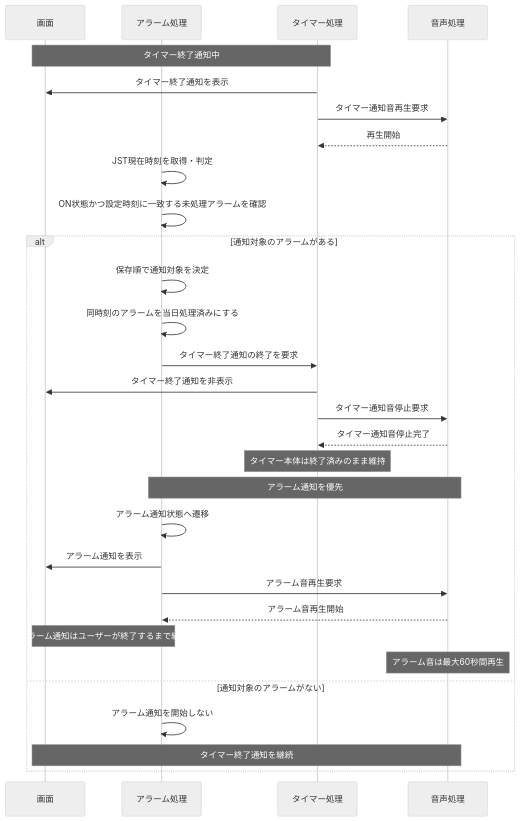
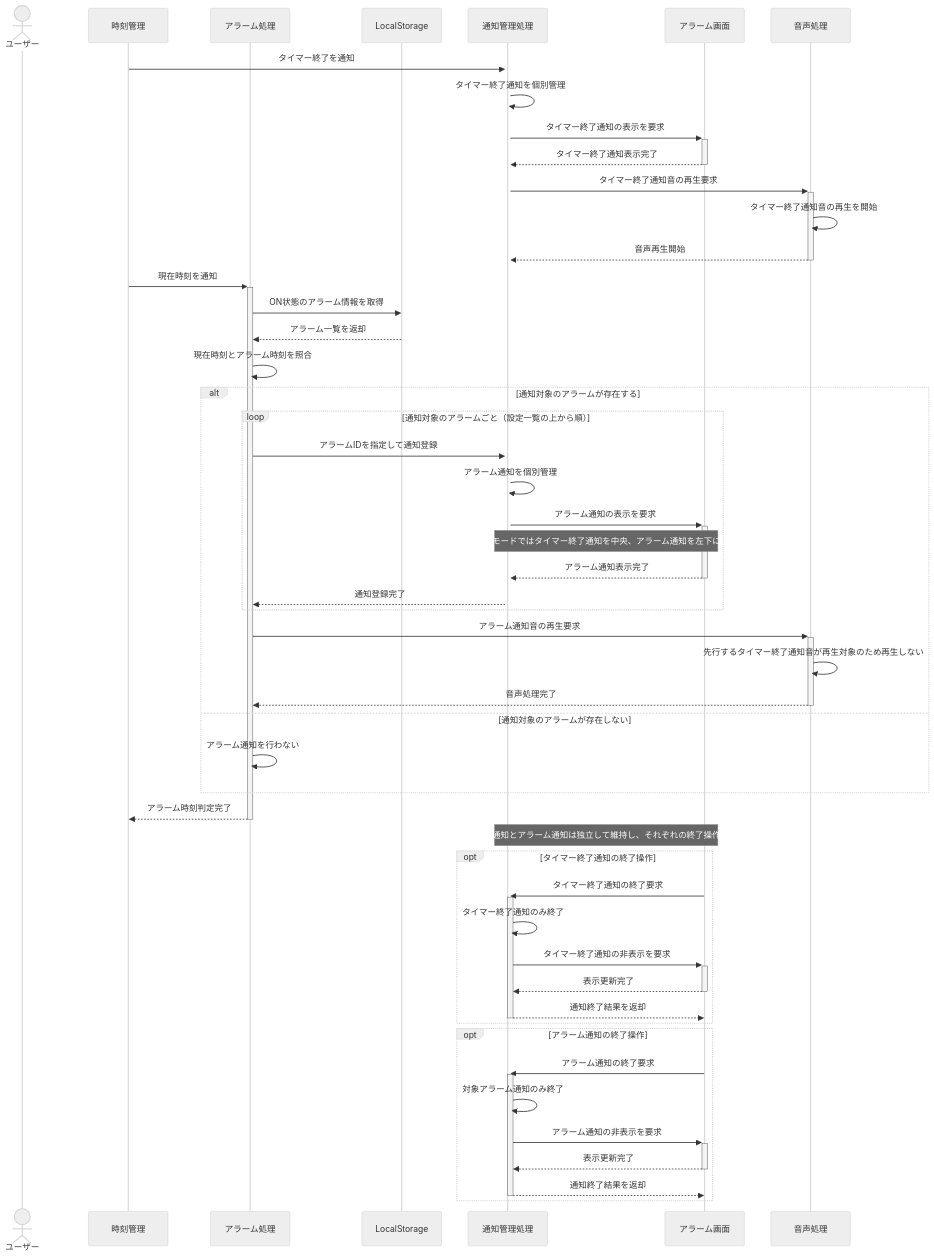
One commit to shun62201234-crypto/timerApplication changed the sixth of 6 diagrams in document/設計/シーケンス図/アラームシーケンス図.md. Above: the diagram before and after it, drawn with Mermaid (neutral theme). The commit also changed other lines of this file, not shown here.

First line of the commit message:
アラーム関連シーケンス図の修正

````diff
--- a/document/設計/シーケンス図/アラームシーケンス図.md
+++ b/document/設計/シーケンス図/アラームシーケンス図.md
@@ -279,41 +247,61 @@
 ```mermaid
 sequenceDiagram
-    participant UI as 画面
+    actor User as ユーザー
+    participant Clock as 時刻管理
     participant Alarm as アラーム処理
-    participant Timer as タイマー処理
+    participant Storage as LocalStorage
+    participant Notify as 通知管理処理
+    participant UI as アラーム画面
     participant Audio as 音声処理
 
-    Note over UI,Timer: タイマー終了通知中
+    Clock->>+Notify: タイマー終了を通知
+    Notify->>Notify: タイマー終了通知を個別管理
+    Notify->>+UI: タイマー終了通知の表示を要求
+    UI-->>-Notify: タイマー終了通知表示完了
 
-    Timer->>UI: タイマー終了通知を表示
-    Timer->>Audio: タイマー通知音再生要求
-    Audio-->>Timer: 再生開始
+    Notify->>+Audio: タイマー終了通知音の再生要求
+    Audio->>Audio: タイマー終了通知音の再生を開始
+    Audio-->>-Notify: 音声再生開始
 
-    Alarm->>Alarm: JST現在時刻を取得・判定
-    Alarm->>Alarm: ON状態かつ設定時刻に一致する未処理アラームを確認
+    Clock->>+Alarm: 現在時刻を通知
+    Alarm->>Storage: ON状態のアラーム情報を取得
+    Storage-->>Alarm: アラーム一覧を返却
+    Alarm->>Alarm: 現在時刻とアラーム時刻を照合
 
-    alt 通知対象のアラームがある
-        Alarm->>Alarm: 保存順で通知対象を決定
-        Alarm->>Alarm: 同時刻のアラームを当日処理済みにする
+    alt 通知対象のアラームが存在する
+        loop 通知対象のアラームごと（設定一覧の上から順）
+            Alarm->>Notify: アラームIDを指定して通知登録
+            Notify->>Notify: アラーム通知を個別管理
+            Notify->>+UI: アラーム通知の表示を要求
+            Note over Notify,UI: タイマーモードではタイマー終了通知を中央、アラーム通知を左下に表示する
+            UI-->>-Notify: アラーム通知表示完了
+            Notify-->>Alarm: 通知登録完了
+        end
 
-        Alarm->>Timer: タイマー終了通知の終了を要求
-        Timer->>UI: タイマー終了通知を非表示
-        Timer->>Audio: タイマー通知音停止要求
-        Audio-->>Timer: タイマー通知音停止完了
+        Alarm->>+Audio: アラーム通知音の再生要求
+        Audio->>Audio: 先行するタイマー終了通知音が再生対象のため再生しない
+        Audio-->>-Alarm: 音声処理完了
+    else 通知対象のアラームが存在しない
+        Alarm->>Alarm: アラーム通知を行わない
+    end
 
-        Note over Timer: タイマー本体は終了済みのまま維持
-        Note over Alarm,Audio: アラーム通知を優先
+    Alarm-->>-Clock: アラーム時刻判定完了
 
-        Alarm->>Alarm: アラーム通知状態へ遷移
-        Alarm->>UI: アラーム通知を表示
-        Alarm->>Audio: アラーム音再生要求
-        Audio-->>Alarm: アラーム音再生開始
+    Note over Notify,UI: タイマー終了通知とアラーム通知は独立して維持し、それぞれの終了操作まで表示する
 
-        Note over UI,Alarm: アラーム通知はユーザーが終了するまで継続
-        Note over Audio: アラーム音は最大60秒間再生
+    opt タイマー終了通知の終了操作
+        UI->>+Notify: タイマー終了通知の終了要求
+        Notify->>Notify: タイマー終了通知のみ終了
+        Notify->>+UI: タイマー終了通知の非表示を要求
+        UI-->>-Notify: 表示更新完了
+        Notify-->>-UI: 通知終了結果を返却
+    end
 
-    else 通知対象のアラームがない
-        Alarm->>Alarm: アラーム通知を開始しない
-        Note over UI,Audio: タイマー終了通知を継続
+    opt アラーム通知の終了操作
+        UI->>+Notify: アラーム通知の終了要求
+        Notify->>Notify: 対象アラーム通知のみ終了
+        Notify->>+UI: アラーム通知の非表示を要求
+        UI-->>-Notify: 表示更新完了
+        Notify-->>-UI: 通知終了結果を返却
     end
 ```
````
